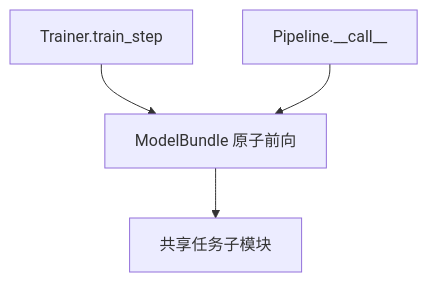
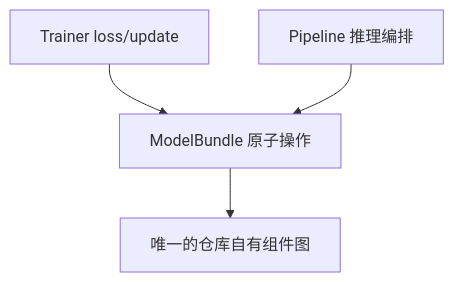
Before and after one commit to ZeyuLing/HFTrainer: the second of 2 diagrams in docs/zh-cn/architecture.md, drawn with Mermaid. The commit also changed other lines of this file and 486 other files, not shown here.

````diff
--- a/docs/zh-cn/architecture.md
+++ b/docs/zh-cn/architecture.md
@@ -106,6 +122,6 @@
 ```mermaid
 flowchart TB
-    A["Trainer.train_step"] --> B["ModelBundle 原子前向"]
-    C["Pipeline.__call__"] --> B
-    B --> D["共享任务子模块"]
+    A["Trainer loss/update"] --> B["ModelBundle 原子操作"]
+    C["Pipeline 推理编排"] --> B
+    B --> D["唯一的仓库自有组件图"]
 ```
````
